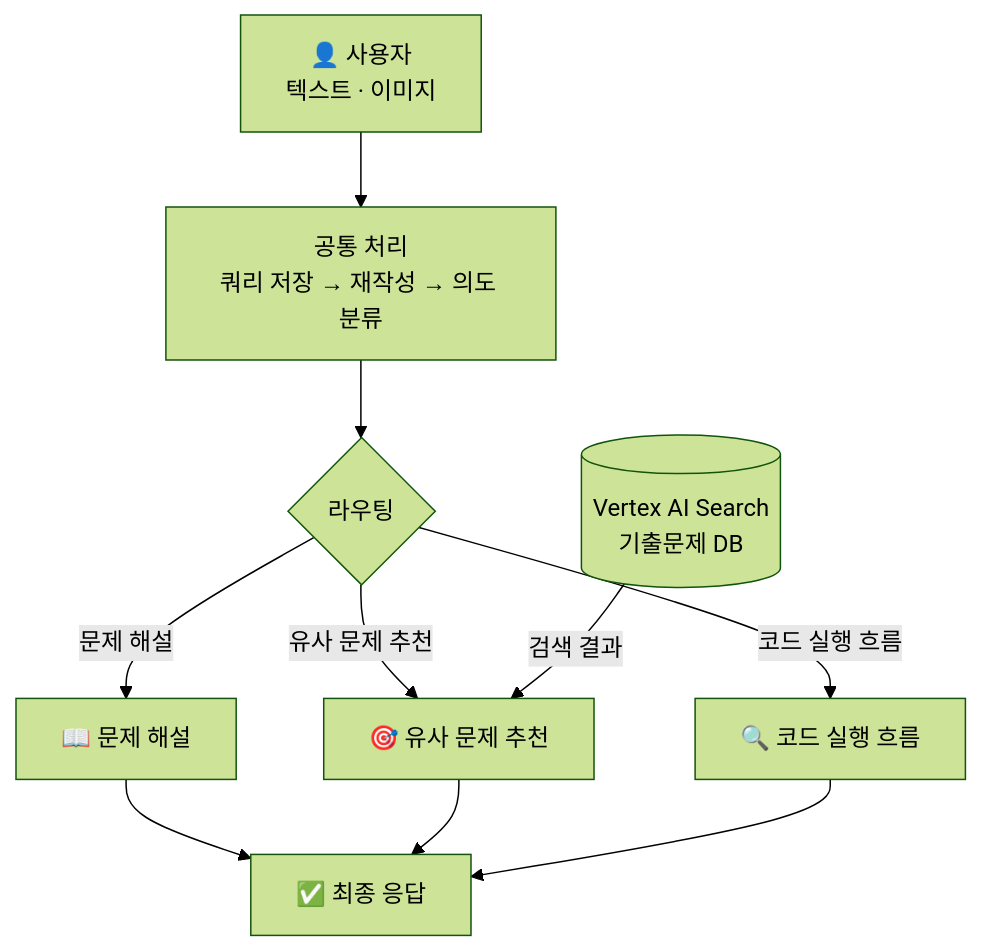
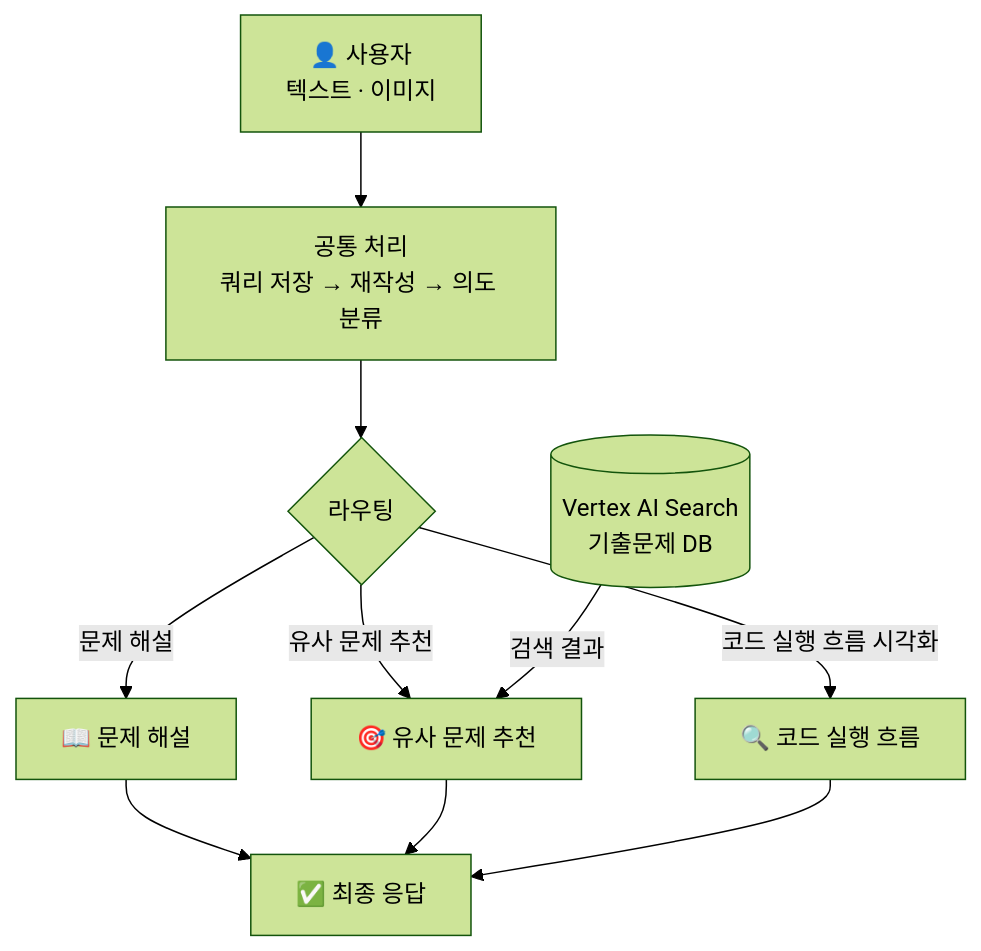
The first of 2 diagrams in docs/README.md (JangJiWon0108/smart-learning-platform-backend), drawn with Mermaid (forest theme) before and after one commit. The commit also changed other lines of this file and 6 other files, not shown here.

````diff
--- a/docs/README.md
+++ b/docs/README.md
@@ -61,24 +57,24 @@
 ```mermaid
 flowchart TD
     사용자["👤 사용자<br/>텍스트 · 이미지"]
     공통["공통 처리<br/>쿼리 저장 → 재작성 → 의도 분류"]
     라우터{"라우팅"}
     VAS[("Vertex AI Search<br/>기출문제 DB")]
 
     해설["📖 문제 해설"]
     추천["🎯 유사 문제 추천"]
     시각화["🔍 코드 실행 흐름"]
     응답["✅ 최종 응답"]
 
     사용자 --> 공통 --> 라우터
 
     라우터 -->|"문제 해설"| 해설
     라우터 -->|"유사 문제 추천"| 추천
-    라우터 -->|"코드 실행 흐름"| 시각화
+    라우터 -->|"코드 실행 흐름 시각화"| 시각화
 
     VAS -->|"검색 결과"| 추천
 
     해설 --> 응답
     추천 --> 응답
     시각화 --> 응답
 ```
````
